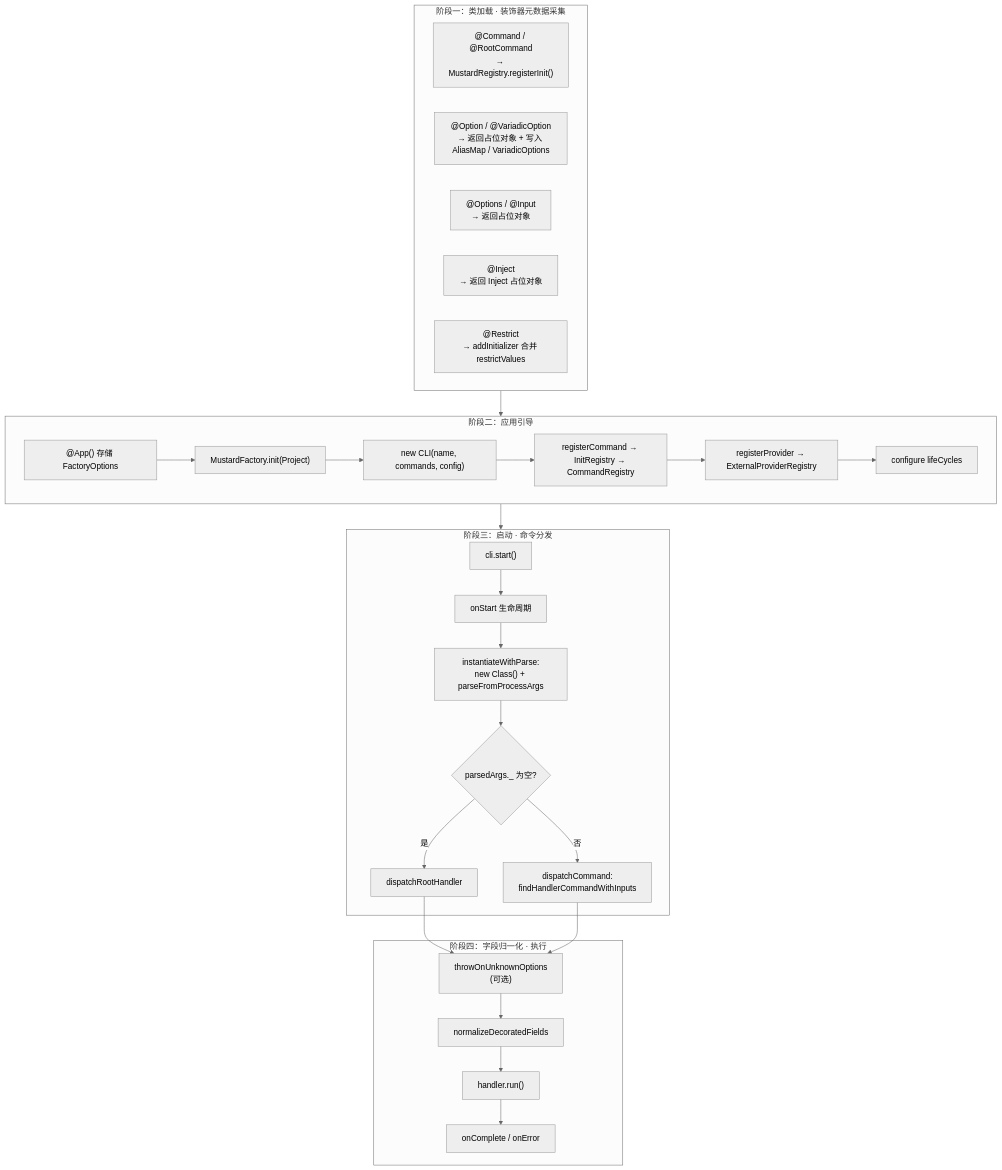
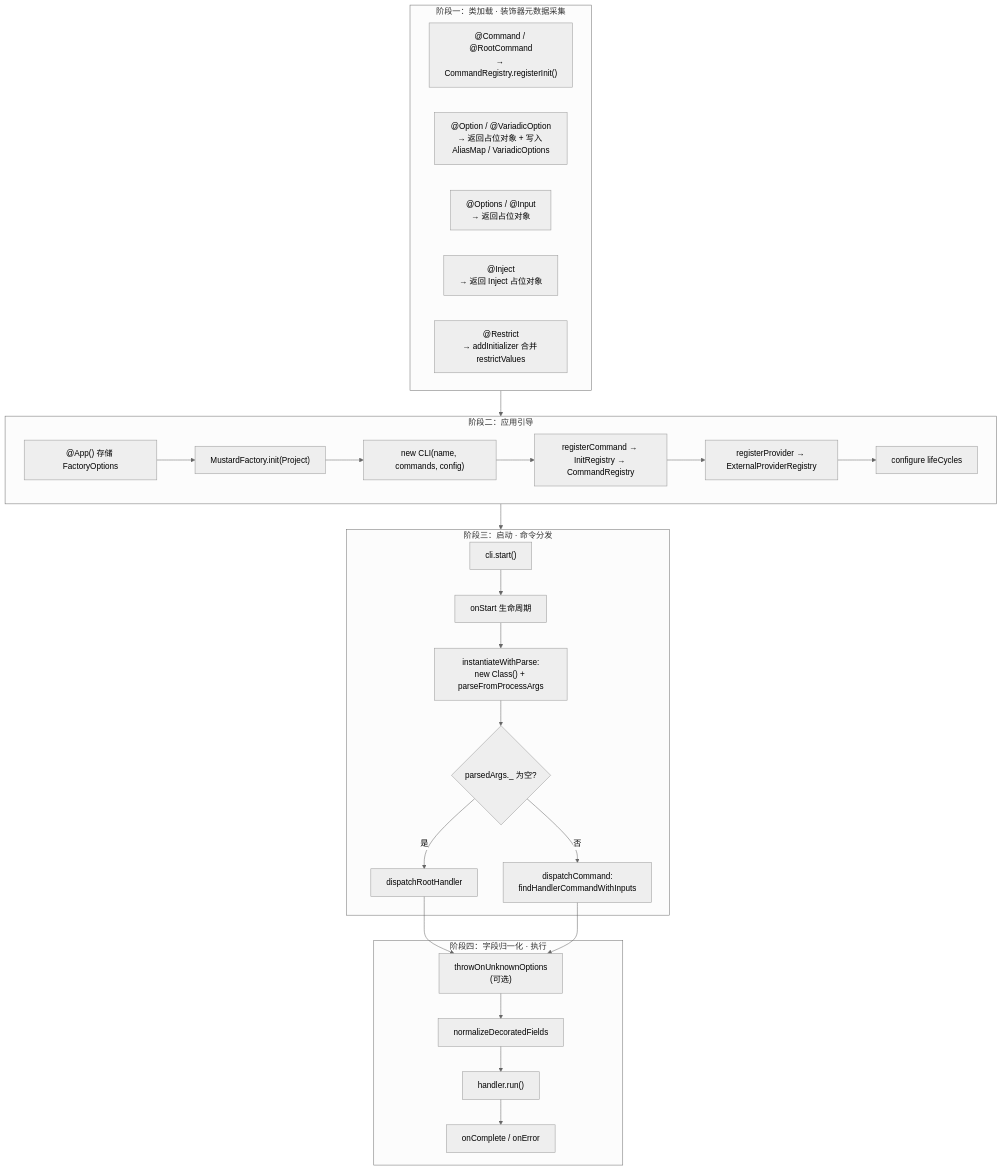
Before and after one commit to LinbuduLab/Mustard: the first of 16 diagrams in packages/sample/workflow.md, drawn with Mermaid (neutral theme). The commit also changed other lines of this file and 76 other files, not shown here.

````diff
--- a/packages/sample/workflow.md
+++ b/packages/sample/workflow.md
@@ -29,49 +29,49 @@
 ```mermaid
 flowchart TB
     subgraph Phase1["阶段一：类加载 · 装饰器元数据采集"]
-        D1["@Command / @RootCommand<br/>→ MustardRegistry.registerInit()"]
+        D1["@Command / @RootCommand<br/>→ CommandRegistry.registerInit()"]
         D2["@Option / @VariadicOption<br/>→ 返回占位对象 + 写入 AliasMap / VariadicOptions"]
         D3["@Options / @Input<br/>→ 返回占位对象"]
         D4["@Inject<br/>→ 返回 Inject 占位对象"]
         D5["@Restrict<br/>→ addInitializer 合并 restrictValues"]
     end
 
     subgraph Phase2["阶段二：应用引导"]
         A1["@App() 存储 FactoryOptions"]
         A2["MustardFactory.init(Project)"]
         A3["new CLI(name, commands, config)"]
         A4["registerCommand → InitRegistry → CommandRegistry"]
         A5["registerProvider → ExternalProviderRegistry"]
         A6["configure lifeCycles"]
     end
 
     subgraph Phase3["阶段三：启动 · 命令分发"]
         S1["cli.start()"]
         S2["onStart 生命周期"]
         S3["instantiateWithParse:<br/>new Class() + parseFromProcessArgs"]
         S4{"parsedArgs._ 为空?"}
         S5["dispatchRootHandler"]
         S6["dispatchCommand:<br/>findHandlerCommandWithInputs"]
     end
 
     subgraph Phase4["阶段四：字段归一化 · 执行"]
         N1["throwOnUnknownOptions<br/>(可选)"]
         N2["normalizeDecoratedFields"]
         N3["handler.run()"]
         N4["onComplete / onError"]
     end
 
     Phase1 --> Phase2
     Phase2 --> Phase3
 
     A1 --> A2 --> A3
     A3 --> A4 --> A5 --> A6
 
     S1 --> S2 --> S3 --> S4
     S4 -->|是| S5
     S4 -->|否| S6
     S5 --> N1
     S6 --> N1
 
     N1 --> N2 --> N3 --> N4
 ```
````
